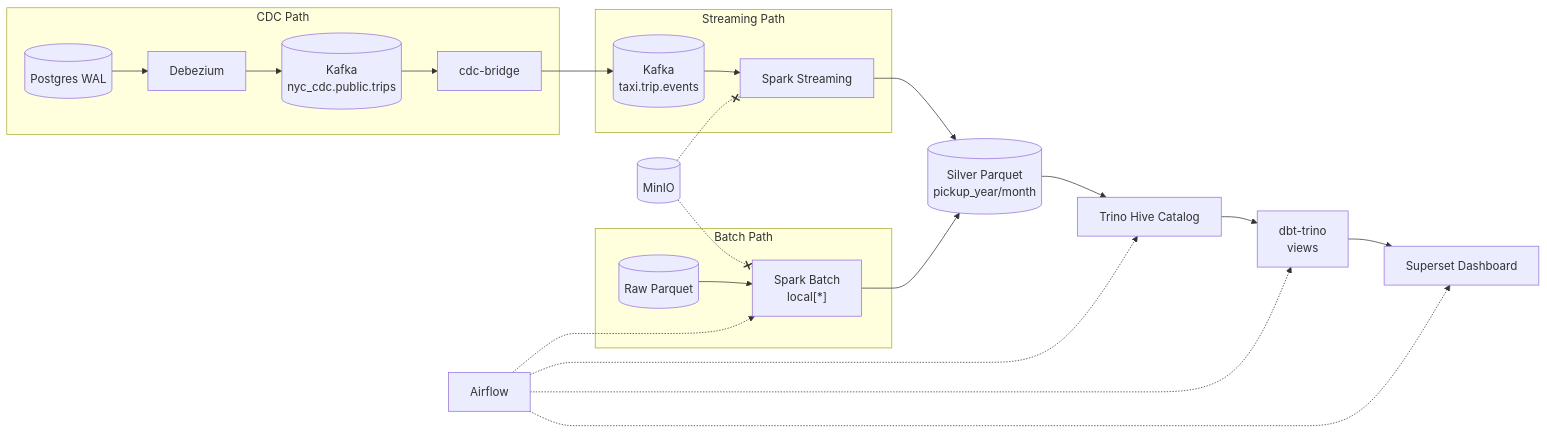
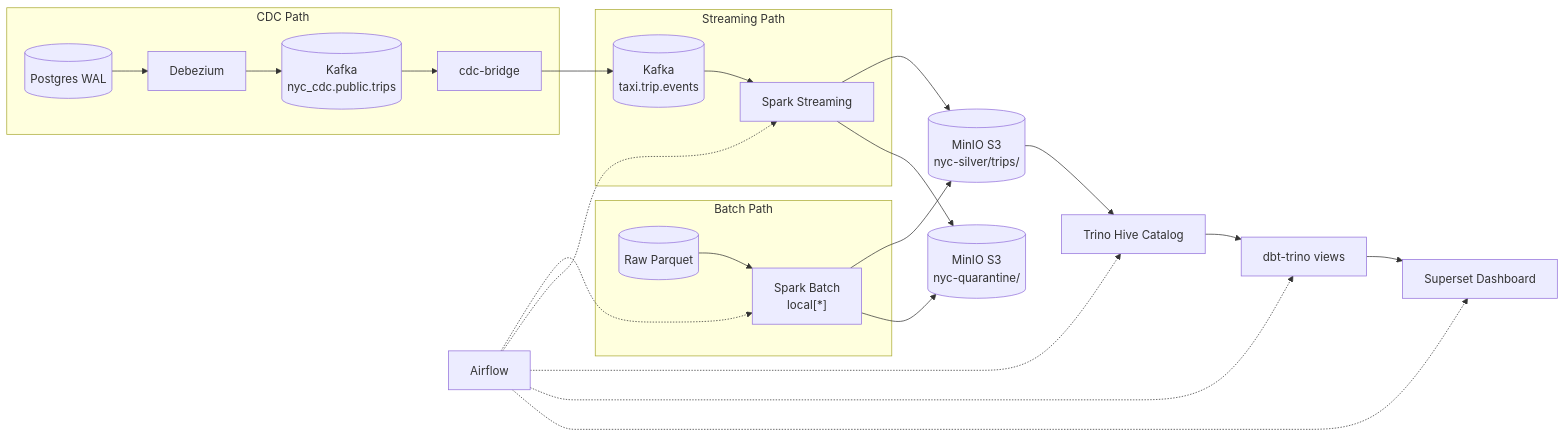
Before and after one commit to DawieMalmsteel/nyc_new: the first of 8 diagrams in workflow.md, drawn with Mermaid. The commit also changed other lines of this file and 4 other files, not shown here.

First line of the commit message:
docs: Update docs for MinIO S3 architecture, add Vietnamese README

````diff
--- a/workflow.md
+++ b/workflow.md
@@ -7,20 +7,21 @@
 ```mermaid
 flowchart LR
     subgraph BATCH["Batch Path"]
         RAW[("Raw Parquet")] --> SB["Spark Batch<br/>local[*]"]
     end
     subgraph STREAM["Streaming Path"]
         KAF1[("Kafka<br/>taxi.trip.events")] --> SS[Spark Streaming]
     end
     subgraph CDC["CDC Path"]
         PG[("Postgres WAL")] --> DZ[Debezium] --> KAF2[("Kafka<br/>nyc_cdc.public.trips")]
         KAF2 --> BRIDGE[cdc-bridge] --> KAF1
     end
-    SB --> SILVER[("Silver Parquet<br/>pickup_year/month")]
+    SB --> SILVER[("MinIO S3<br/>nyc-silver/trips/")]
     SS --> SILVER
+    SB --> QUARANTINE[("MinIO S3<br/>nyc-quarantine/")]
+    SS --> QUARANTINE
     SILVER --> TRINO[Trino Hive Catalog]
-    TRINO --> DBT[dbt-trino<br/>views]
+    TRINO --> DBT[dbt-trino views]
     DBT --> SUPERSET[Superset Dashboard]
-    AIRFLOW[Airflow] -..-> SB & TRINO & DBT & SUPERSET
-    MINIO[("MinIO")] -.-x SB & SS
+    AIRFLOW[Airflow] -..-> SB & SS & TRINO & DBT & SUPERSET
 ```
````
